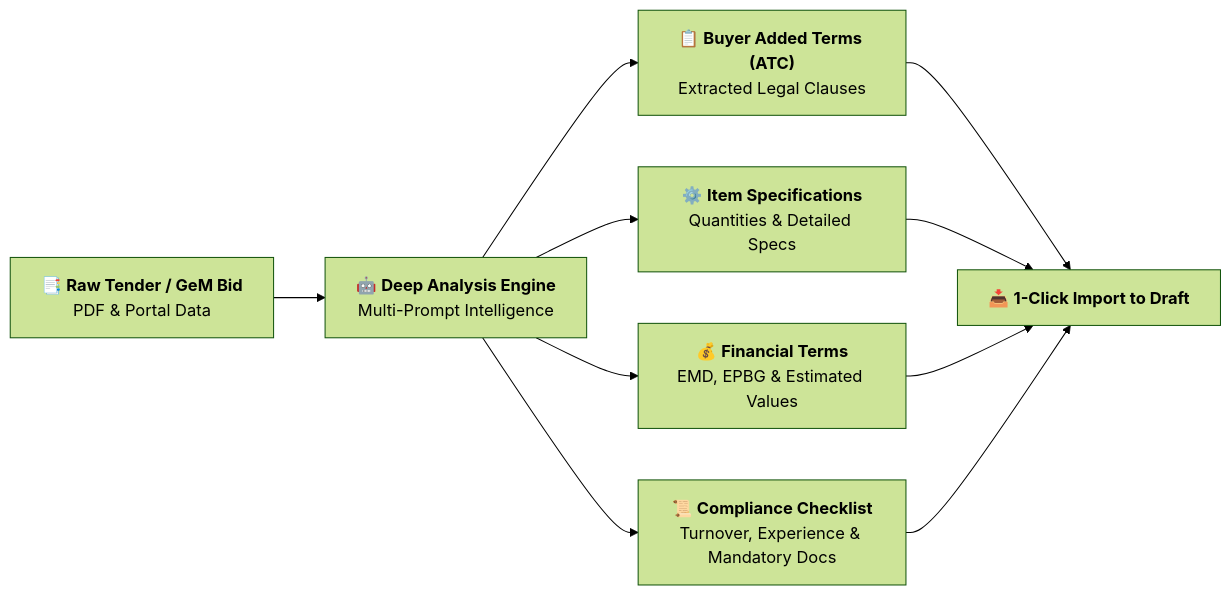
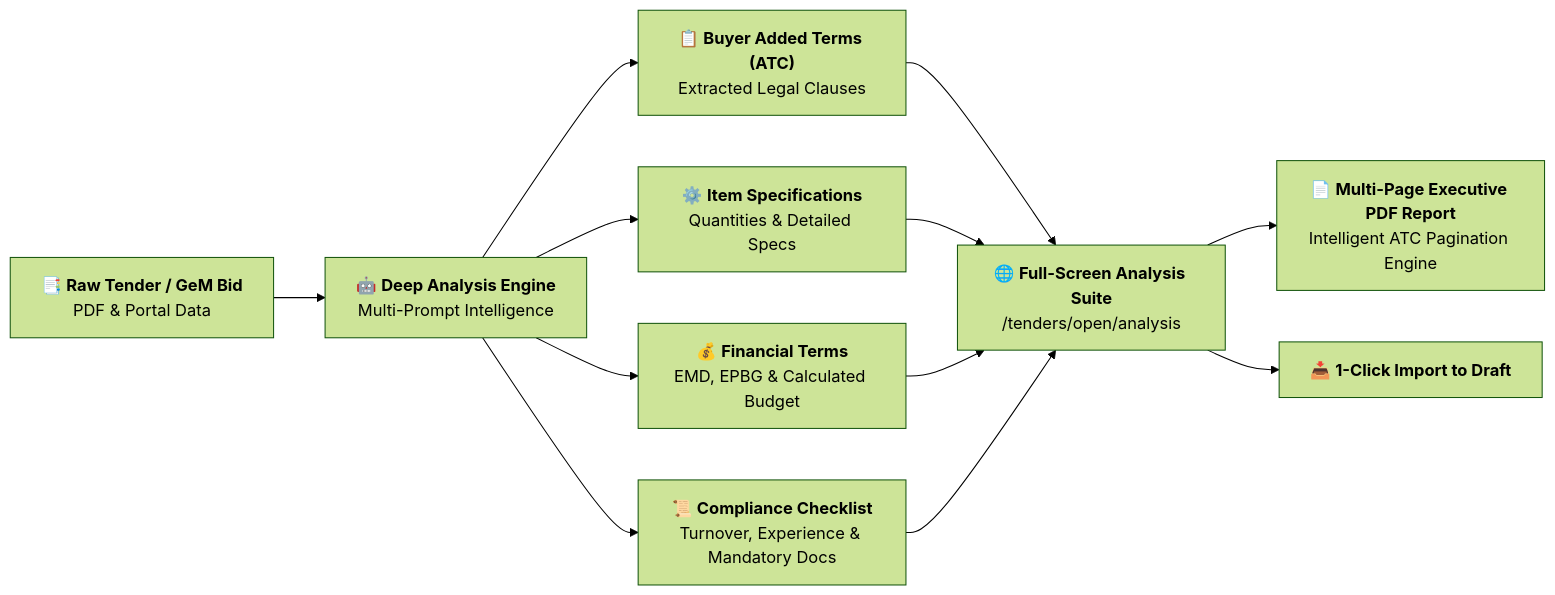
Before and after one commit to Magraa/TenderFlow-AI: the second of 9 diagrams in README.md, drawn with Mermaid (forest theme). The commit also changed other lines of this file and 6 other files, not shown here.

Commit message:
feat: add multi-page executive PDF export engine and dedicated full-screen GeM analysis suite

````diff
--- a/README.md
+++ b/README.md
@@ -185,10 +185,12 @@
 ```mermaid
 flowchart LR
     DOC["📑 <b>Raw Tender / GeM Bid</b><br/>PDF & Portal Data"] --> LLM["🤖 <b>Deep Analysis Engine</b><br/>Multi-Prompt Intelligence"]
     LLM --> T1["📋 <b>Buyer Added Terms (ATC)</b><br/>Extracted Legal Clauses"]
     LLM --> T2["⚙️ <b>Item Specifications</b><br/>Quantities & Detailed Specs"]
-    LLM --> T3["💰 <b>Financial Terms</b><br/>EMD, EPBG & Estimated Values"]
+    LLM --> T3["💰 <b>Financial Terms</b><br/>EMD, EPBG & Calculated Budget"]
     LLM --> T4["📜 <b>Compliance Checklist</b><br/>Turnover, Experience & Mandatory Docs"]
     
-    T1 & T2 & T3 & T4 --> IMP["📥 <b>1-Click Import to Draft</b>"]
+    T1 & T2 & T3 & T4 --> SUITE["🌐 <b>Full-Screen Analysis Suite</b><br/>/tenders/open/analysis"]
+    SUITE --> PDF["📄 <b>Multi-Page Executive PDF Report</b><br/>Intelligent ATC Pagination Engine"]
+    SUITE --> IMP["📥 <b>1-Click Import to Draft</b>"]
 ```
````
